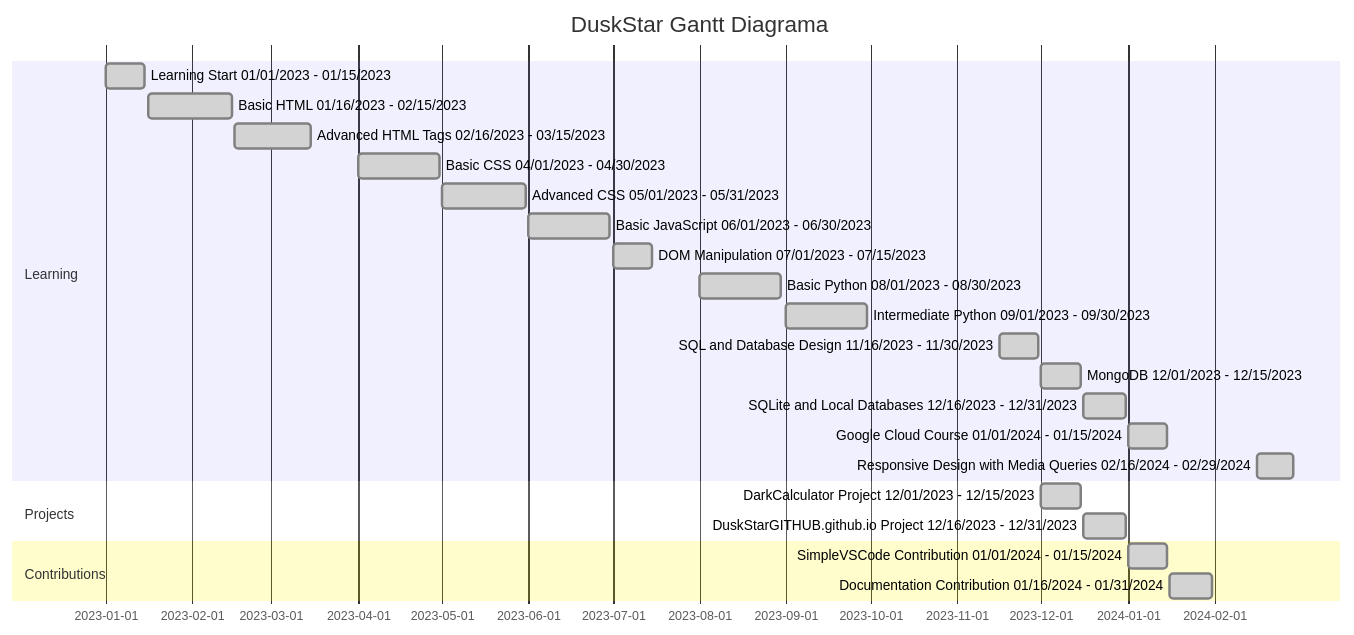
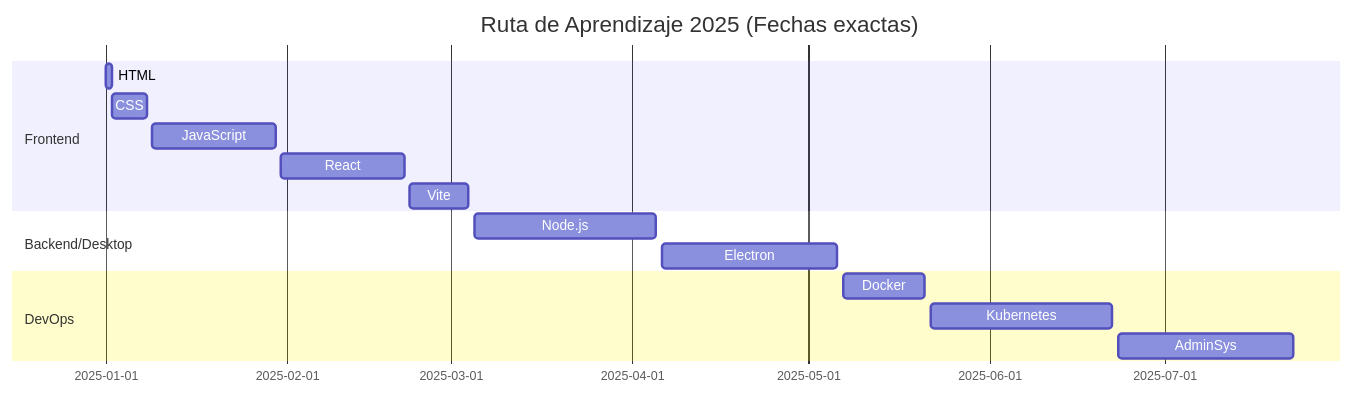
The diagram in README.md (DuskStarGITHUB/DuskStarGITHUB), drawn with Mermaid before and after one commit.

`````diff
--- a/README.md
+++ b/README.md
@@ -64,30 +64,22 @@
 ```mermaid
 gantt
-	dateFormat MM/DD/YYYY
-	title DuskStar Gantt Diagrama
+    dateFormat  DD/MM/YYYY
+    title Ruta de Aprendizaje 2025 (Fechas exactas)
+    
+    section Frontend
+        HTML           :html, 01/01/2025, 02/01/2025
+        CSS            :css, 02/01/2025, 08/01/2025
+        JavaScript     :js, 09/01/2025, 30/01/2025
+        React          :react, 31/01/2025, 21/02/2025
+        Vite           :vite, 22/02/2025, 04/03/2025
 
-    section Learning
-    	Learning Start 01/01/2023 - 01/15/2023 :done, start1, 01/01/2023, 01/15/2023
-        	Basic HTML 01/16/2023 - 02/15/2023 :done, html1, 01/16/2023, 02/15/2023
-        	Advanced HTML Tags 02/16/2023 - 03/15/2023 :done, html2, 02/16/2023, 03/15/2023
-        	Basic CSS 04/01/2023 - 04/30/2023 :done, css1, 04/01/2023, 04/30/2023
-        	Advanced CSS 05/01/2023 - 05/31/2023 :done, css2, 05/01/2023, 05/31/2023
-        	Basic JavaScript 06/01/2023 - 06/30/2023 :done, js1, 06/01/2023, 06/30/2023
-        	DOM Manipulation 07/01/2023 - 07/15/2023 :done, js2, 07/01/2023, 07/15/2023
-        	Basic Python 08/01/2023 - 08/30/2023 :done, python1, 08/01/2023, 08/30/2023
-        	Intermediate Python 09/01/2023 - 09/30/2023 :done, python2, 09/01/2023, 09/30/2023
-        	SQL and Database Design 11/16/2023 - 11/30/2023 :done, sql1, 11/16/2023, 11/30/2023
-        	MongoDB 12/01/2023 - 12/15/2023 :done, mongodb1, 12/01/2023, 12/15/2023
-        	SQLite and Local Databases 12/16/2023 - 12/31/2023 :done, sqlite1, 12/16/2023, 12/31/2023
-        	Google Cloud Course 01/01/2024 - 01/15/2024 :done, cloud1, 01/01/2024, 01/15/2024
-    	Responsive Design with Media Queries 02/16/2024 - 02/29/2024 :done, media1, 02/16/2024, 02/29/2024
+    section Backend/Desktop
+        Node.js        :nodejs, 05/03/2025, 05/04/2025
+        Electron       :electron, 06/04/2025, 06/05/2025
 
-    section Projects
-    	DarkCalculator Project 12/01/2023 - 12/15/2023 :done, project1, 12/01/2023, 12/15/2023
-    	DuskStarGITHUB.github.io Project 12/16/2023 - 12/31/2023 :done, project2, 12/16/2023, 12/31/2023
-
-    section Contributions
-    	SimpleVSCode Contribution 01/01/2024 - 01/15/2024 :done, contribution1, 01/01/2024, 01/15/2024
-    	Documentation Contribution 01/16/2024 - 01/31/2024 :done, contribution2, 01/16/2024, 01/31/2024
+    section DevOps
+        Docker         :docker, 07/05/2025, 21/05/2025
+        Kubernetes     :k8s, 22/05/2025, 22/06/2025
+        AdminSys       :adminsys, 23/06/2025, 23/07/2025
 
 ````
`````
